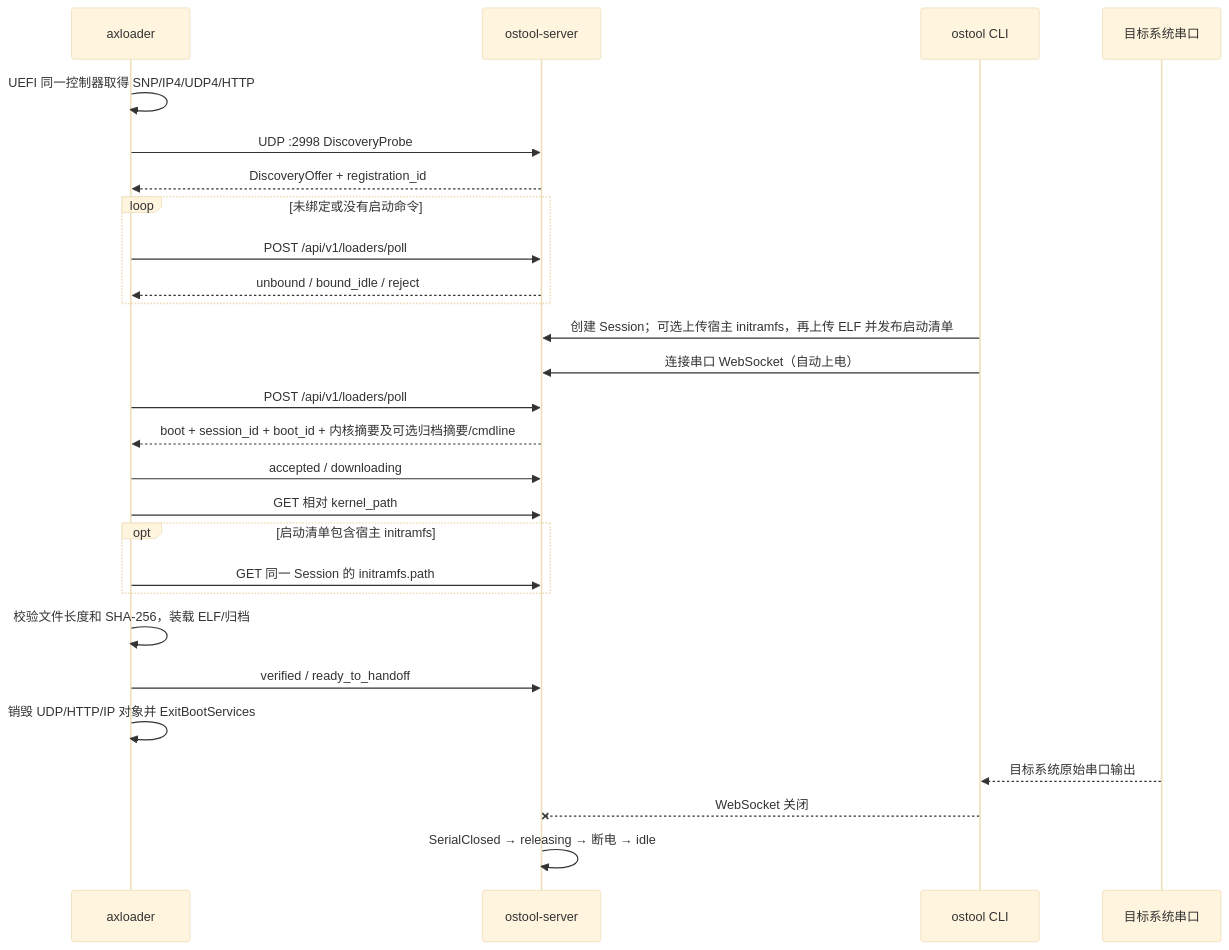
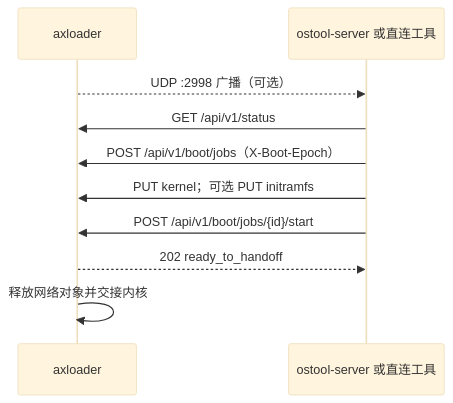
One commit to drivercraft/ostool changed the diagram in docs/axloader-network-control.md. Above: the diagram before and after it, drawn with Mermaid (base theme). The commit also changed other lines of this file and 8 other files, not shown here.

Commit message:
feat(ostool-server): control v5 axloader devices over HTTP

````diff
--- a/docs/axloader-network-control.md
+++ b/docs/axloader-network-control.md
@@ -15,30 +27,12 @@
 ```mermaid
 sequenceDiagram
     participant L as axloader
-    participant S as ostool-server
-    participant C as ostool CLI
-    participant T as 目标系统串口
-
-    L->>L: UEFI 同一控制器取得 SNP/IP4/UDP4/HTTP
-    L->>S: UDP :2998 DiscoveryProbe
-    S-->>L: DiscoveryOffer + registration_id
-    loop 未绑定或没有启动命令
-        L->>S: POST /api/v1/loaders/poll
-        S-->>L: unbound / bound_idle / reject
-    end
-    C->>S: 创建 Session；可选上传宿主 initramfs，再上传 ELF 并发布启动清单
-    C->>S: 连接串口 WebSocket（自动上电）
-    L->>S: POST /api/v1/loaders/poll
-    S-->>L: boot + session_id + boot_id + 内核摘要及可选归档摘要/cmdline
-    L->>S: accepted / downloading
-    L->>S: GET 相对 kernel_path
-    opt 启动清单包含宿主 initramfs
-        L->>S: GET 同一 Session 的 initramfs.path
-    end
-    L->>L: 校验文件长度和 SHA-256，装载 ELF/归档
-    L->>S: verified / ready_to_handoff
-    L->>L: 销毁 UDP/HTTP/IP 对象并 ExitBootServices
-    T-->>C: 目标系统原始串口输出
-    C--xS: WebSocket 关闭
-    S->>S: SerialClosed → releasing → 断电 → idle
+    participant S as ostool-server 或直连工具
+    L-->>S: UDP :2998 广播（可选）
+    S->>L: GET /api/v1/status
+    S->>L: POST /api/v1/boot/jobs（X-Boot-Epoch）
+    S->>L: PUT kernel；可选 PUT initramfs
+    S->>L: POST /api/v1/boot/jobs/{id}/start
+    L-->>S: 202 ready_to_handoff
+    L->>L: 释放网络对象并交接内核
 ```
````
